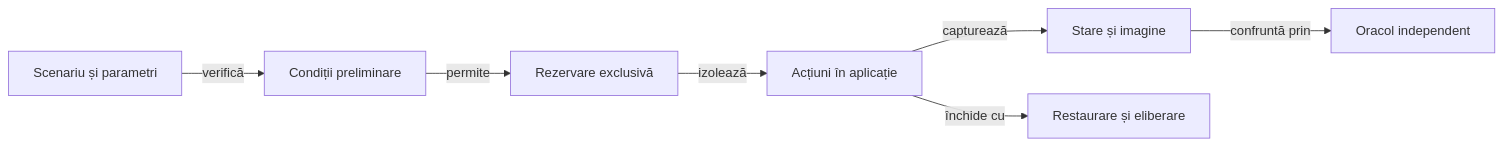
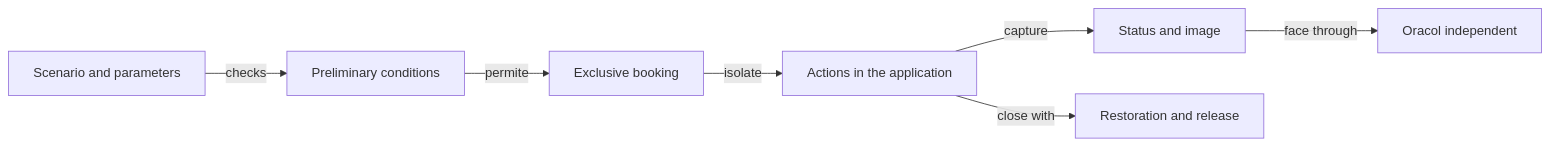
One commit to crististefanita/atf_j4 changed the diagram in docs/testing/ATF_Android.md. Above: the diagram before and after it, drawn with Mermaid. The commit also changed other lines of this file and 122 other files, not shown here.

````diff
--- a/docs/testing/ATF_Android.md
+++ b/docs/testing/ATF_Android.md
@@ -19,9 +19,9 @@
 ```mermaid
 flowchart LR
-    CONFIG[Scenariu și parametri] -->|verifică| PRE[Condiții preliminare]
-    PRE -->|permite| LEASE[Rezervare exclusivă]
-    LEASE -->|izolează| APP[Acțiuni în aplicație]
-    APP -->|capturează| OBS[Stare și imagine]
-    OBS -->|confruntă prin| CHECK[Oracol independent]
-    APP -->|închide cu| RESTORE[Restaurare și eliberare]
+    CONFIG[Scenario and parameters] -->|checks| PRE[Preliminary conditions]
+    PRE -->|permite| LEASE[Exclusive booking]
+    LEASE -->|isolate| APP[Actions in the application]
+    APP -->|capture| OBS[Status and image]
+    OBS -->|face through| CHECK[Oracol independent]
+    APP -->|close with| RESTORE[Restoration and release]
 ```
````
